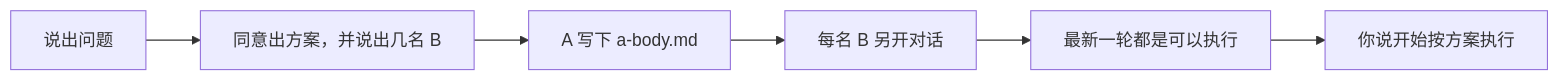
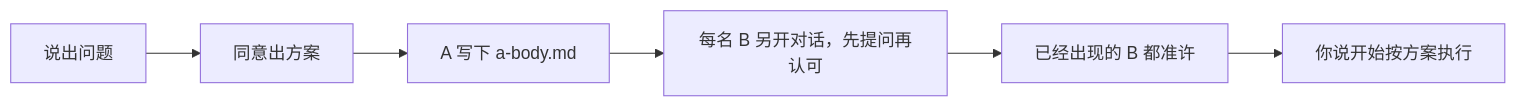
Before and after one commit to qiusuo0226/codeplan-multireview: the diagram in examples/README.md, drawn with Mermaid. The commit also changed other lines of this file and 43 other files, not shown here.

````diff
--- a/examples/README.md
+++ b/examples/README.md
@@ -7,8 +7,8 @@
 ```mermaid
 flowchart LR
-    A["说出问题"] --> B["同意出方案，并说出几名 B"]
+    A["说出问题"] --> B["同意出方案"]
     B --> C["A 写下 a-body.md"]
-    C --> D["每名 B 另开对话"]
-    D --> E["最新一轮都是可以执行"]
+    C --> D["每名 B 另开对话，先提问再认可"]
+    D --> E["已经出现的 B 都准许"]
     E --> F["你说开始按方案执行"]
 ```
````
